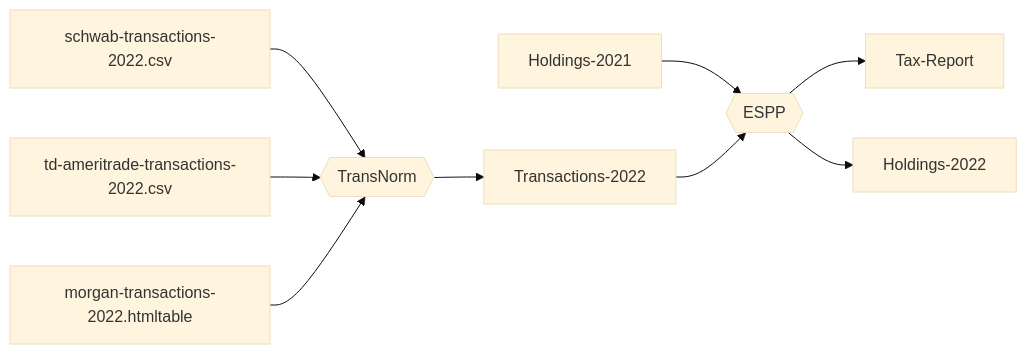
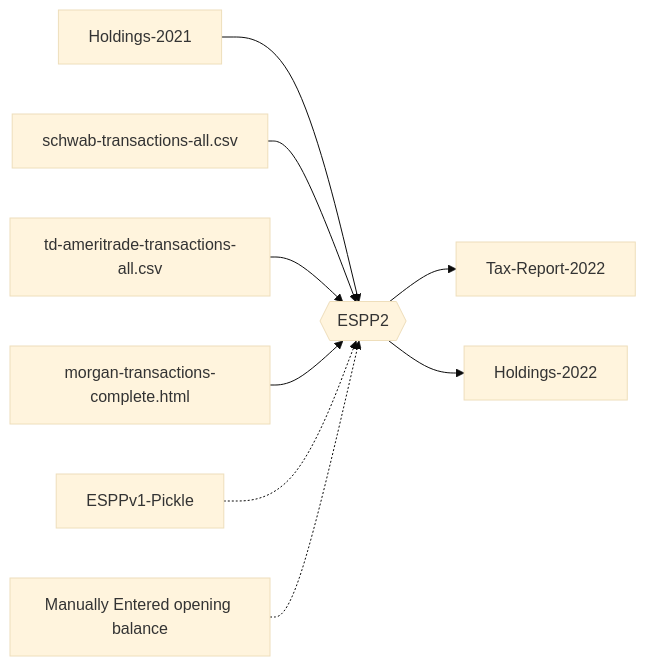
The diagram in README.md (otroan/ESPP2), drawn with Mermaid (base theme) before and after one commit. The commit also changed other lines of this file, not shown here.

````diff
--- a/README.md
+++ b/README.md
@@ -10,10 +14,11 @@
 ```mermaid
 graph LR;
-    Holdings-2021-->ESPP{{ESPP}}
-    Transactions-2022-->ESPP
-    ESPP-->Tax-Report
-    ESPP-->Holdings-2022
-    Schwab["schwab-transactions-2022.csv"]-->TransNorm{{TransNorm}}
-    TD["td-ameritrade-transactions-2022.csv"]-->TransNorm{{TransNorm}}
-    Morgan["morgan-transactions-2022.htmltable"]-->TransNorm-->Transactions-2022
+    Holdings-2021-->ESPP2{{ESPP2}}
+    ESPP2-->Tax-Report-2022
+    ESPP2-->Holdings-2022
+    Schwab["schwab-transactions-all.csv"]-->ESPP2{{ESPP2}}
+    TD["td-ameritrade-transactions-all.csv"]-->ESPP2{{ESPP2}}
+    Morgan["morgan-transactions-complete.html"]-->ESPP2{{ESPP2}}
+    ESPPv1-Pickle-.->ESPP2{{ESPP2}}
+    Manual["Manually Entered opening balance"]-.->ESPP2{{ESPP2}}
 ```
````
